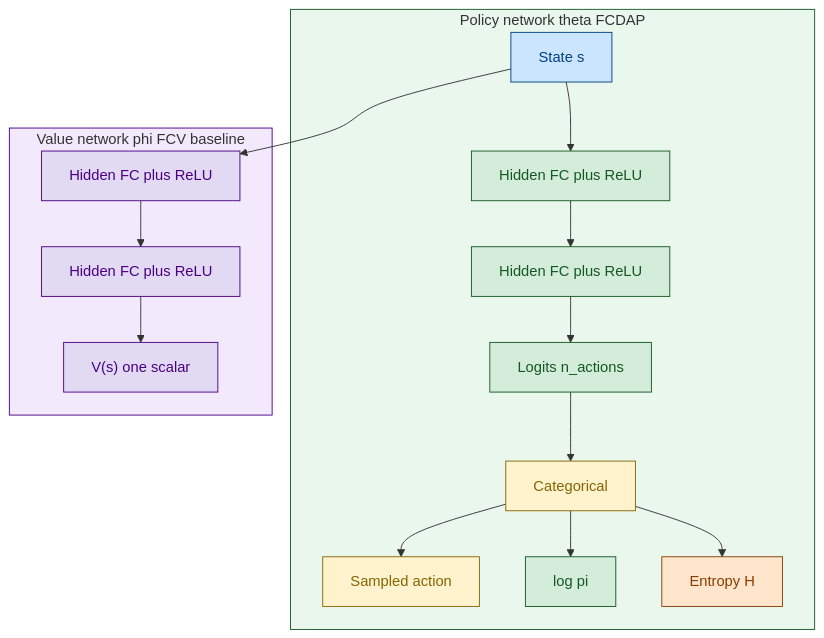
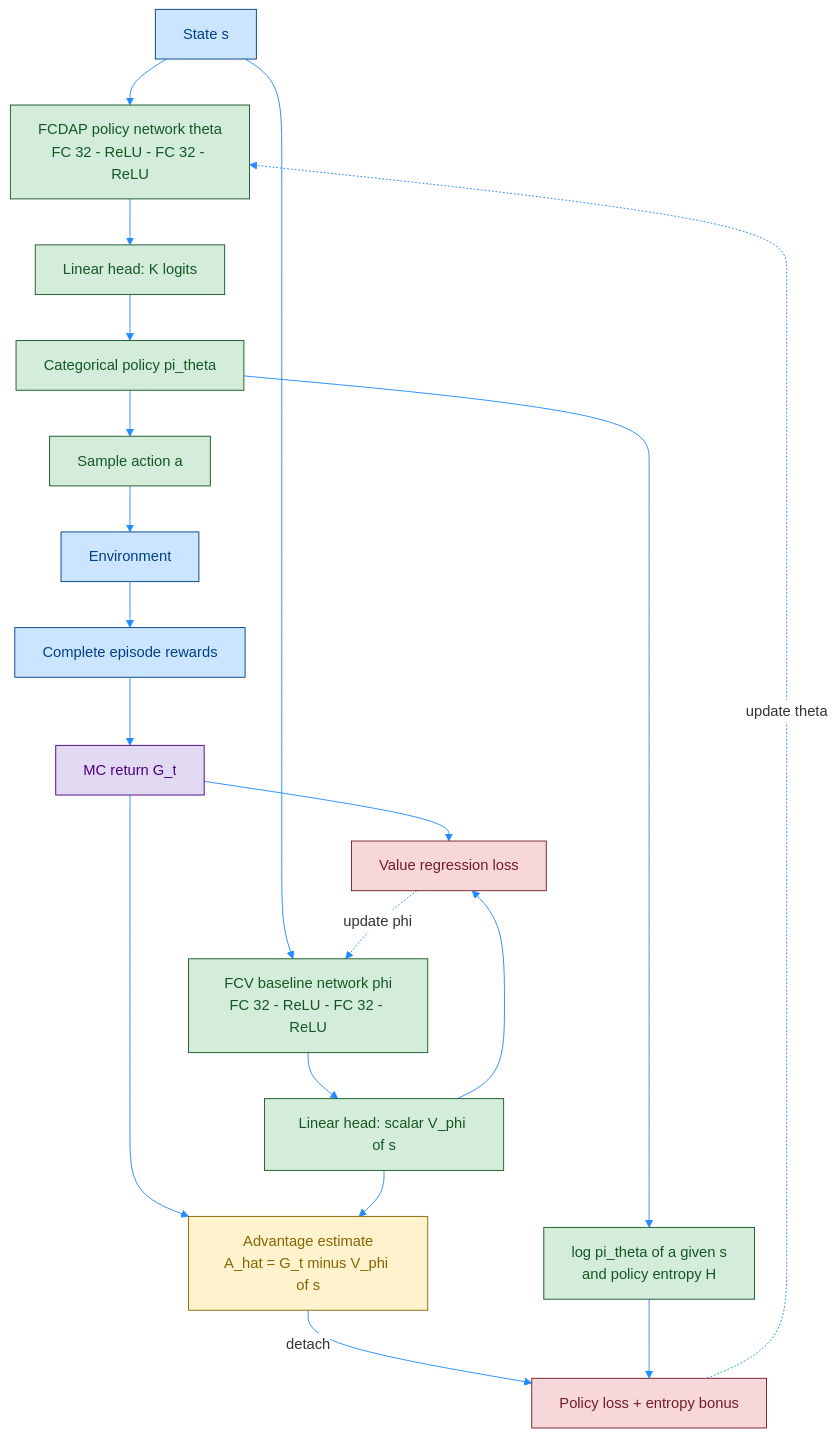
Before and after one commit to Open-Source-Robotics-For-Myanmar/rl: the first of 3 diagrams in Day81 RL python/02_Miguel Morales - Grokking Deep Reinforcement Learning/02_rl_with_dl/rom_photos/07_1_PB_VPG.md, drawn with Mermaid. The commit also changed other lines of this file and 5 other files, not shown here.

Commit message:
docs: organize paper and architecture notes in README

````diff
--- a/Day81 RL python/02_Miguel Morales - Grokking Deep Reinforcement Learning/02_rl_with_dl/rom_photos/07_1_PB_VPG.md
+++ b/Day81 RL python/02_Miguel Morales - Grokking Deep Reinforcement Learning/02_rl_with_dl/rom_photos/07_1_PB_VPG.md
@@ -71,29 +23,33 @@
 ```mermaid
+%%{init: {'theme': 'base', 'themeVariables': { 'primaryColor': '#ffffff', 'lineColor': '#218bff'}}}%%
 flowchart TD
-    S["State s"]:::shared
+    S["State s"] --> P["FCDAP policy network theta<br/>FC 32 - ReLU - FC 32 - ReLU"]
+    P --> Z["Linear head: K logits"]
+    Z --> D["Categorical policy pi_theta"]
+    D --> A["Sample action a"]
+    D --> LP["log pi_theta of a given s<br/>and policy entropy H"]
+    S --> V["FCV baseline network phi<br/>FC 32 - ReLU - FC 32 - ReLU"]
+    V --> VS["Linear head: scalar V_phi of s"]
+    A --> E["Environment"]
+    E --> R["Complete episode rewards"]
+    R --> G["MC return G_t"]
+    G --> ADV["Advantage estimate<br/>A_hat = G_t minus V_phi of s"]
+    VS --> ADV
+    ADV -->|"detach"| L["Policy loss + entropy bonus"]
+    LP --> L
+    G --> LV["Value regression loss"]
+    VS --> LV
+    L -.->|"update theta"| P
+    LV -.->|"update phi"| V
 
-    subgraph PolicyNet["Policy network theta FCDAP"]
-        S --> PH1["Hidden FC plus ReLU"]:::policy
-        PH1 --> PH2["Hidden FC plus ReLU"]:::policy
-        PH2 --> Logits["Logits n_actions"]:::policy
-        Logits --> Dist["Categorical"]:::sample
-        Dist --> Act["Sampled action"]:::sample
-        Dist --> LP["log pi"]:::policy
-        Dist --> Ent["Entropy H"]:::extra
-    end
-
-    subgraph ValueNet["Value network phi FCV baseline"]
-        S --> VH1["Hidden FC plus ReLU"]:::value
-        VH1 --> VH2["Hidden FC plus ReLU"]:::value
-        VH2 --> Vs["V(s) one scalar"]:::value
-    end
-
-    classDef shared fill:#cce5ff,stroke:#004085,color:#004085
-    classDef policy fill:#d4edda,stroke:#155724,color:#155724
-    classDef sample fill:#fff3cd,stroke:#856404,color:#856404
-    classDef value fill:#e2d9f3,stroke:#4b0082,color:#4b0082
-    classDef extra fill:#ffe5cc,stroke:#8a3b00,color:#8a3b00
-
-    style PolicyNet fill:#eaf7ec,stroke:#155724
-    style ValueNet fill:#f3e9fc,stroke:#4b0082
+    classDef data fill:#cce5ff,stroke:#004085,stroke-width:1px,color:#004085;
+    classDef network fill:#d4edda,stroke:#155724,stroke-width:1px,color:#155724;
+    classDef advantage fill:#fff3cd,stroke:#856404,stroke-width:1px,color:#856404;
+    classDef target fill:#e2d9f3,stroke:#4b0082,stroke-width:1px,color:#4b0082;
+    classDef train fill:#f8d7da,stroke:#721c24,stroke-width:1px,color:#721c24;
+    class S,E,R data;
+    class P,Z,D,A,LP,V,VS network;
+    class ADV advantage;
+    class G target;
+    class L,LV train;
 ```
````
